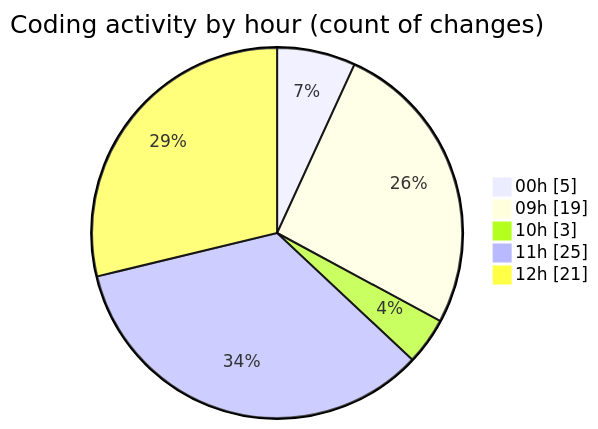
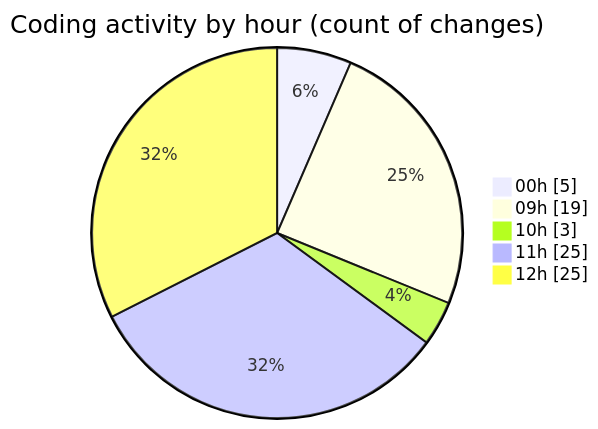
The second of 2 diagrams in 2025-11-19/eventscop-frontend-guide__workspace_/README.md (julien-gomy/code-tracking), drawn with Mermaid before and after one commit. The commit also changed other lines of this file and 1 other file, not shown here.

````diff
--- a/2025-11-19/eventscop-frontend-guide__workspace_/README.md
+++ b/2025-11-19/eventscop-frontend-guide__workspace_/README.md
@@ -51,9 +51,9 @@
 ```mermaid
 pie showData
 title Coding activity by hour (count of changes)
 "00h" : 5
 "09h" : 19
 "10h" : 3
 "11h" : 25
-"12h" : 21
+"12h" : 25
 ```
````
